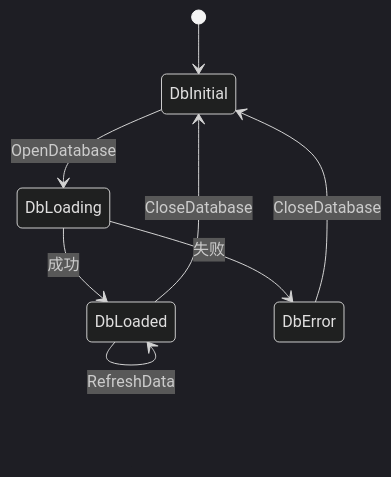
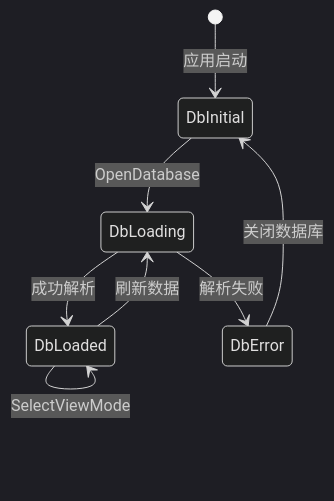
The fifth of 11 diagrams in .qoder/repowiki/zh/content/UI 组件/Schema 详情面板.md (kongpf8848/objectbox_viewer), drawn with Mermaid (dark theme) before and after one commit. The commit also changed other lines of this file and 9 other files, not shown here.

````diff
--- a/.qoder/repowiki/zh/content/UI 组件/Schema 详情面板.md
+++ b/.qoder/repowiki/zh/content/UI 组件/Schema 详情面板.md
@@ -315,11 +221,11 @@
 ```mermaid
 stateDiagram-v2
-[*] --> DbInitial
+[*] --> DbInitial : 应用启动
 DbInitial --> DbLoading : OpenDatabase
-DbLoading --> DbLoaded : 成功
-DbLoading --> DbError : 失败
+DbLoading --> DbLoaded : 成功解析
+DbLoading --> DbError : 解析失败
+DbLoaded --> DbLoading : 刷新数据
+DbError --> DbInitial : 关闭数据库
 DbLoaded --> DbLoaded : SelectEntity
-DbLoaded --> DbLoaded : RefreshData
-DbError --> DbInitial : CloseDatabase
-DbLoaded --> DbInitial : CloseDatabase
+DbLoaded --> DbLoaded : SelectViewMode
 ```
````
